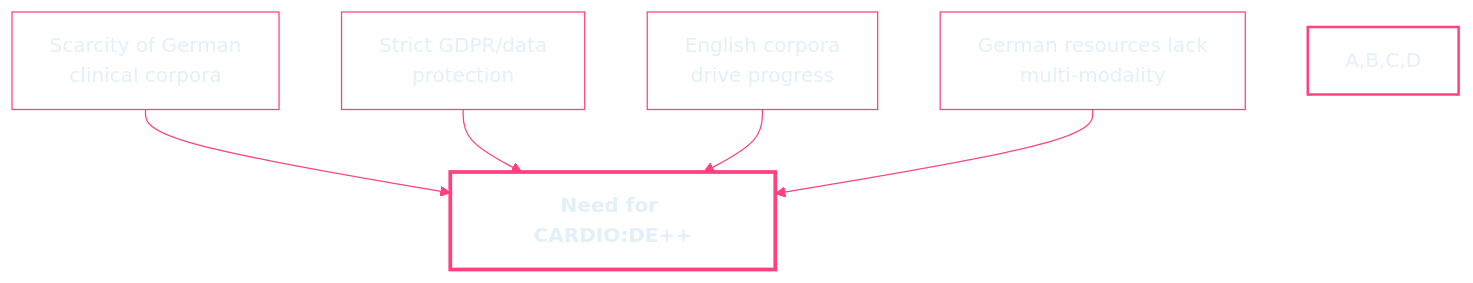
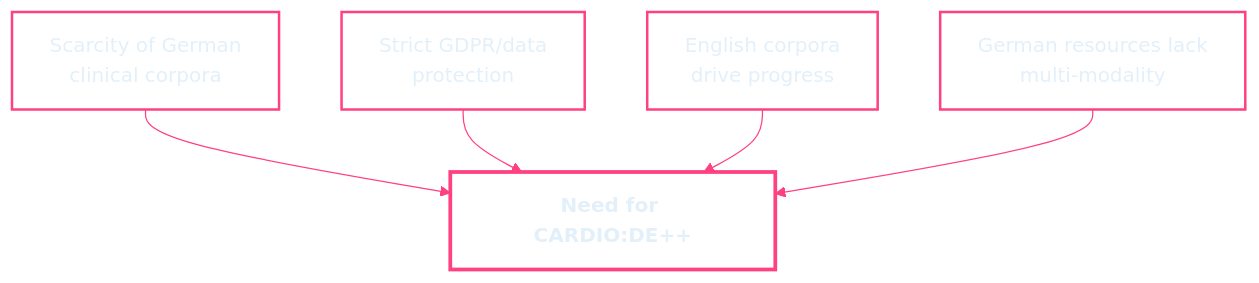
Before and after one commit to phiwi/cardio_dfg: the first of 3 diagrams in slides.md, drawn with Mermaid. The commit also changed other lines of this file and 3 other files, not shown here.

````diff
--- a/slides.md
+++ b/slides.md
@@ -170,25 +170,28 @@
 ```mermaid
 %%{init: {'theme': 'base', 'themeVariables': { 
     'primaryColor': 'transparent', 
     'primaryTextColor': '#e3f0fa', 
     'lineColor': '#ff4081', 
     'textColor': '#e3f0fa', 
     'mainBkg': 'transparent', 
     'nodeBorder': '#ff4081' 
 }}}%%
 flowchart TD
 
     A["Scarcity of German<br>  clinical corpora"]
     B["Strict GDPR/data<br>  protection"]
     C["English corpora <br> drive progress"]
     D["German resources lack<br>  multi-modality"]
     E["Need for CARDIO:DE++"]
 
     A --> E
     B --> E
     C --> E
     D --> E
 
-    style A,B,C,D stroke-width:2px
+    style A stroke-width:2px
+    style B stroke-width:2px
+    style C stroke-width:2px
+    style D stroke-width:2px
     style E stroke-width:3px,font-weight:bold
 ```
````
